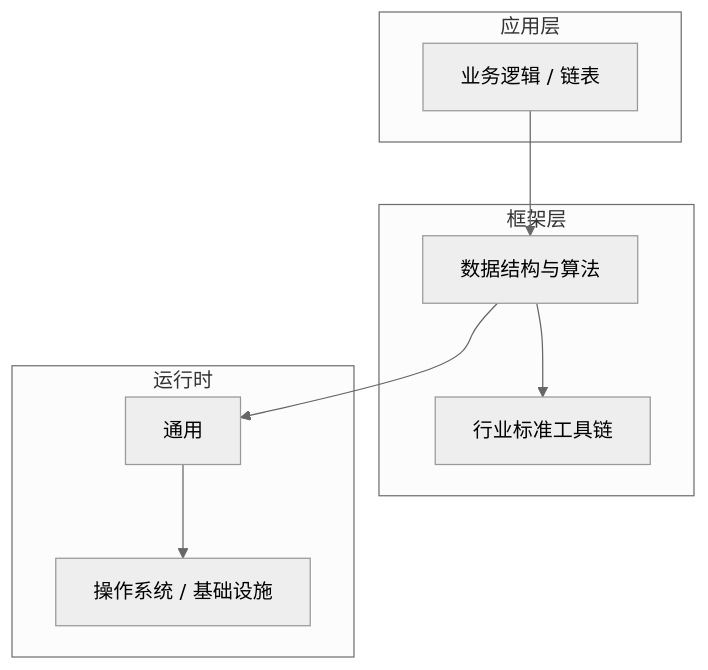
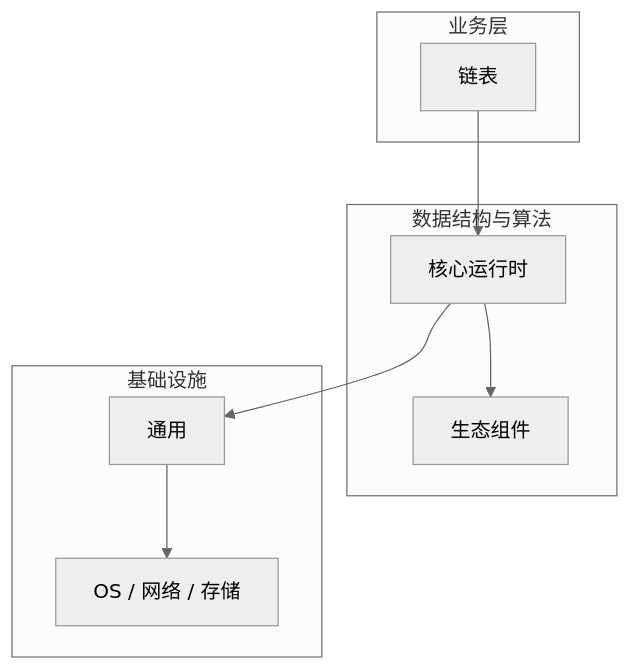
The diagram in articles/数据结构与算法/chapters/028-链表核心概念与原理.md (yanggan2015/knowledge-json-v2), drawn with Mermaid (neutral theme) before and after one commit. The commit also changed other lines of this file and 10127 other files, not shown here.

````diff
--- a/articles/数据结构与算法/chapters/028-链表核心概念与原理.md
+++ b/articles/数据结构与算法/chapters/028-链表核心概念与原理.md
@@ -45,18 +30,18 @@
 ```mermaid
 graph TB
-    subgraph 应用层
-        A[业务逻辑 / 链表]
+    subgraph 业务层
+        A[链表]
     end
-    subgraph 框架层
-        B[数据结构与算法]
-        C[行业标准工具链]
+    subgraph 数据结构与算法
+        B[核心运行时]
+        C[生态组件]
     end
-    subgraph 运行时
+    subgraph 基础设施
         D[通用]
-        E[操作系统 / 基础设施]
+        E[OS / 网络 / 存储]
     end
     A --> B
     B --> C
     B --> D
     D --> E
 ```
````
